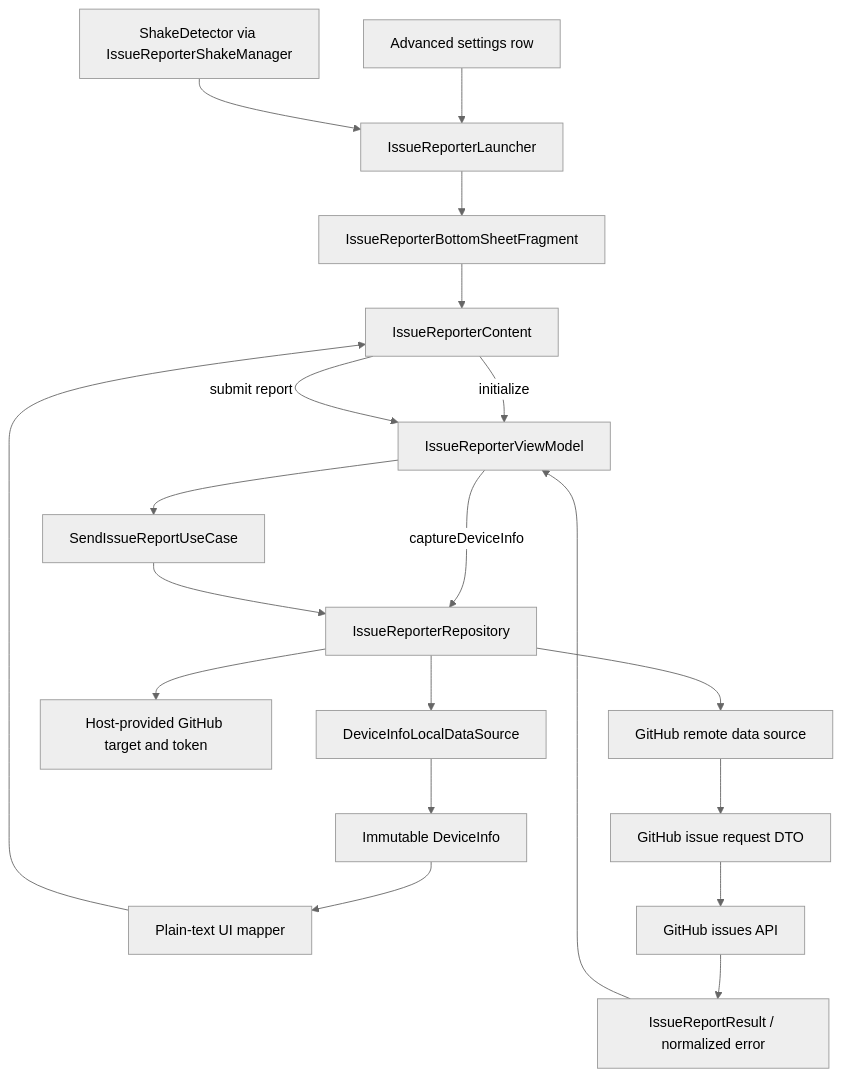
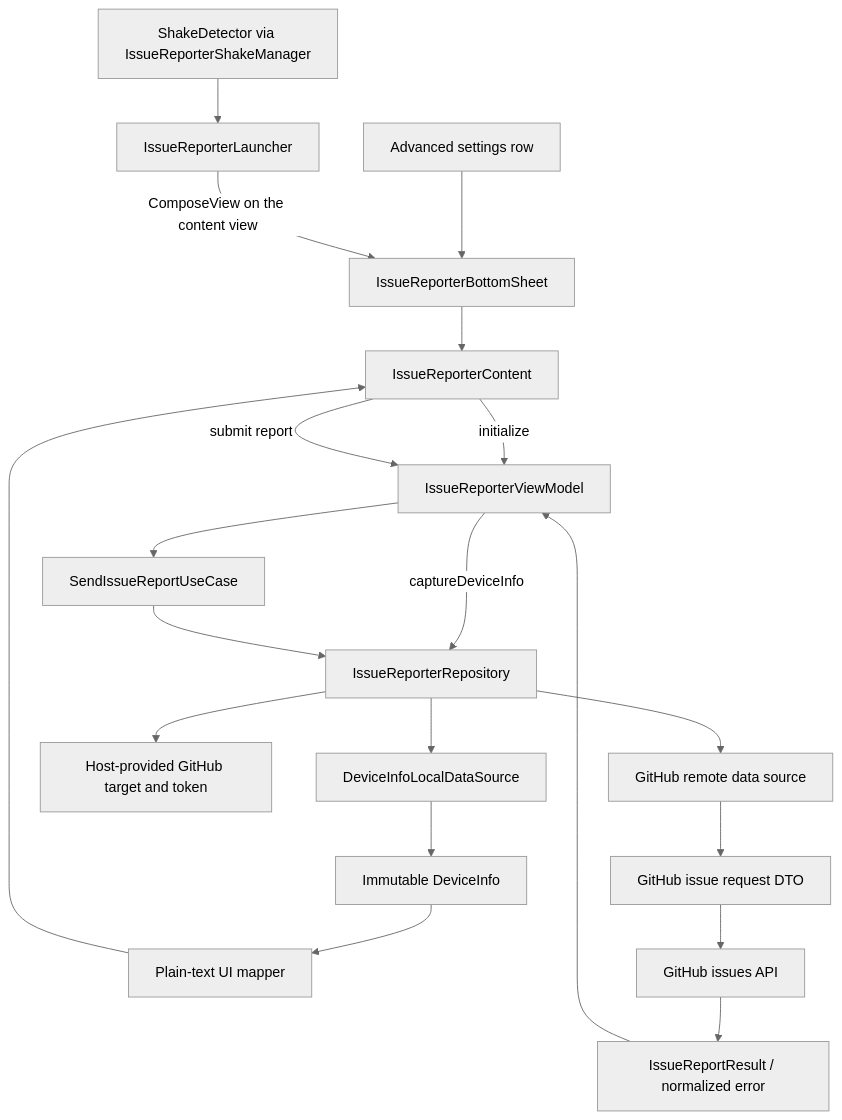
Before and after one commit to MihaiCristianCondrea/App-Toolkit-for-Android: the diagram in library/feature/issuereporter/README.md, drawn with Mermaid (neutral theme). The commit also changed other lines of this file and 12 other files, not shown here.

````diff
--- a/library/feature/issuereporter/README.md
+++ b/library/feature/issuereporter/README.md
@@ -36,22 +36,22 @@
 ```mermaid
 flowchart TD
-    Settings[Advanced settings row] --> Launcher[IssueReporterLauncher]
-    Shake[ShakeDetector via IssueReporterShakeManager] --> Launcher
-    Launcher --> Sheet[IssueReporterBottomSheetFragment]
+    Settings[Advanced settings row] --> Sheet[IssueReporterBottomSheet]
+    Shake[ShakeDetector via IssueReporterShakeManager] --> Launcher[IssueReporterLauncher]
+    Launcher -->|ComposeView on the content view| Sheet
     Sheet --> Screen[IssueReporterContent]
     Screen -->|initialize| VM[IssueReporterViewModel]
     VM -->|captureDeviceInfo| Repo[IssueReporterRepository]
     Repo --> Device[DeviceInfoLocalDataSource]
     Device --> Model[Immutable DeviceInfo]
     Model --> Plain[Plain-text UI mapper]
     Plain --> Screen
     Screen -->|submit report| VM
     VM --> UseCase[SendIssueReportUseCase]
     UseCase --> Repo
     Repo --> Target[Host-provided GitHub target and token]
     Repo --> Remote[GitHub remote data source]
     Remote --> DTO[GitHub issue request DTO]
     DTO --> Api[GitHub issues API]
     Api --> Result[IssueReportResult / normalized error]
     Result --> VM
 ```
````
